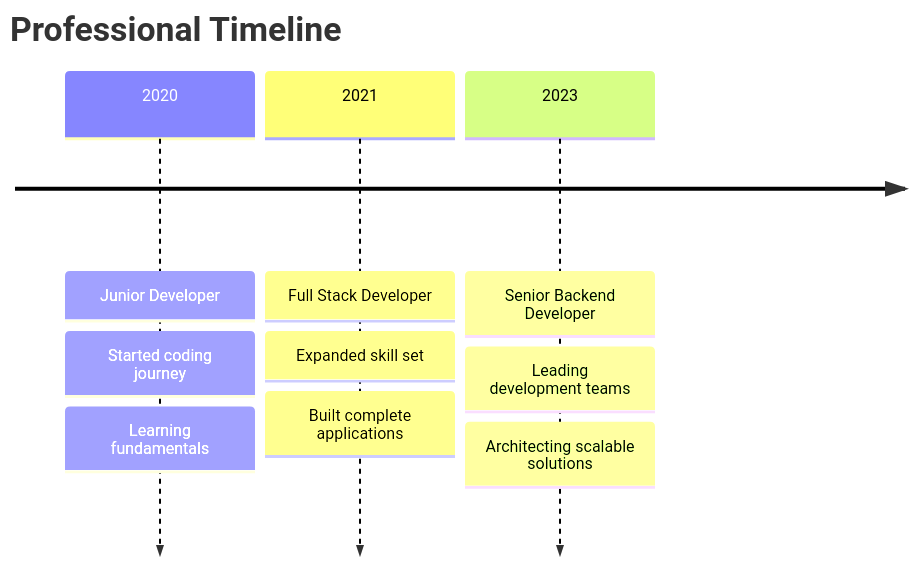
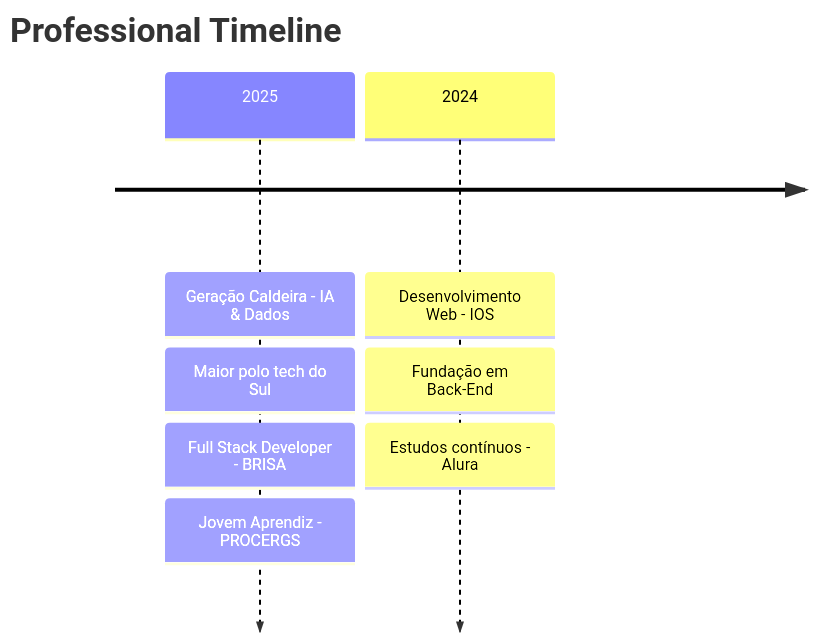
The diagram in README.md (MatheusFachel/MatheusFachel), drawn with Mermaid before and after one commit. The commit also changed other lines of this file, not shown here.

````diff
--- a/README.md
+++ b/README.md
@@ -161,13 +180,11 @@
 ```mermaid
 timeline
     title Professional Timeline
-    2020 : Junior Developer
-         : Started coding journey
-         : Learning fundamentals
-    2021 : Full Stack Developer  
-         : Expanded skill set
-         : Built complete applications
-    2023 : Senior Backend Developer
-         : Leading development teams
-         : Architecting scalable solutions
+    2025 : Geração Caldeira - IA & Dados
+         : Maior polo tech do Sul
+         : Full Stack Developer - BRISA
+         : Jovem Aprendiz - PROCERGS
+    2024 : Desenvolvimento Web - IOS
+         : Fundação em Back-End
+         : Estudos contínuos - Alura
 ```
````
